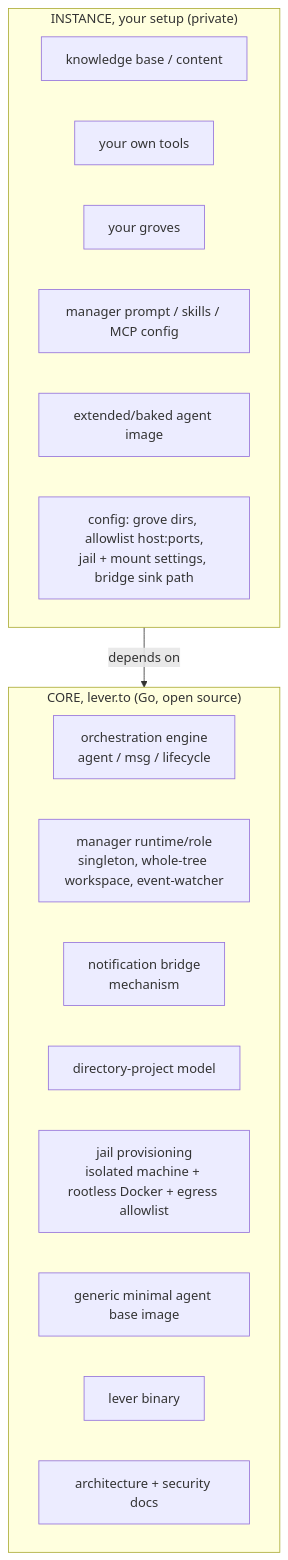
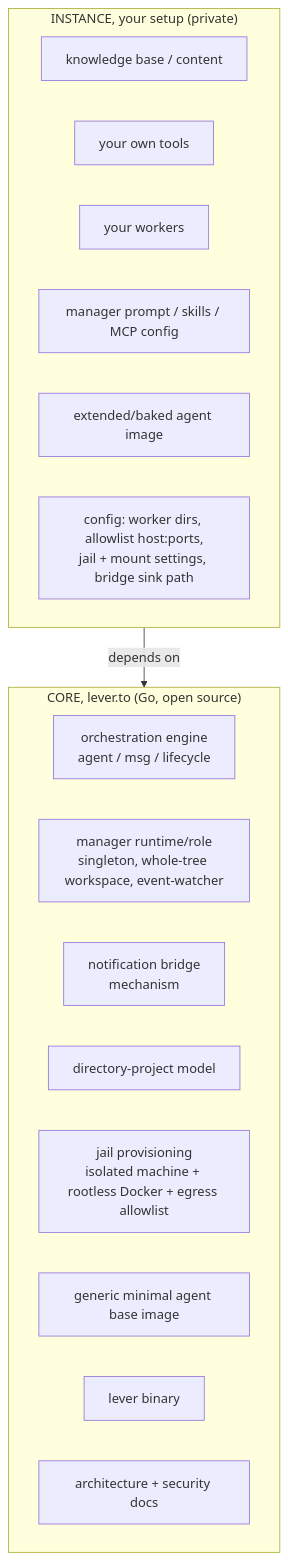
One commit to stevegeek/lever changed the diagram in docs-site/_guides/core-vs-instance.md. Above: the diagram before and after it, drawn with Mermaid. The commit also changed other lines of this file and 3 other files, not shown here.

````diff
--- a/docs-site/_guides/core-vs-instance.md
+++ b/docs-site/_guides/core-vs-instance.md
@@ -21,22 +21,22 @@
 ```mermaid
 graph TD
     subgraph core["CORE, lever.to (Go, open source)"]
         ENG[orchestration engine<br/>agent / msg / lifecycle]
         MGR[manager runtime/role<br/>singleton, whole-tree workspace, event-watcher]
         BR[notification bridge<br/>mechanism]
         PM[directory-project model]
         JAIL[jail provisioning<br/>isolated machine + rootless Docker + egress allowlist]
         IMG[generic minimal agent base image]
         BIN[lever binary]
         DOCS[architecture + security docs]
     end
     subgraph inst["INSTANCE, your setup (private)"]
         KB[knowledge base / content]
         TOOLS[your own tools]
-        GROVES[your groves]
+        WORKERS[your workers]
         MCFG[manager prompt / skills / MCP config]
         EXTIMG[extended/baked agent image]
-        CFG[config: grove dirs, allowlist host:ports,<br/>jail + mount settings, bridge sink path]
+        CFG[config: worker dirs, allowlist host:ports,<br/>jail + mount settings, bridge sink path]
     end
     inst -->|depends on| core
 ```
````
